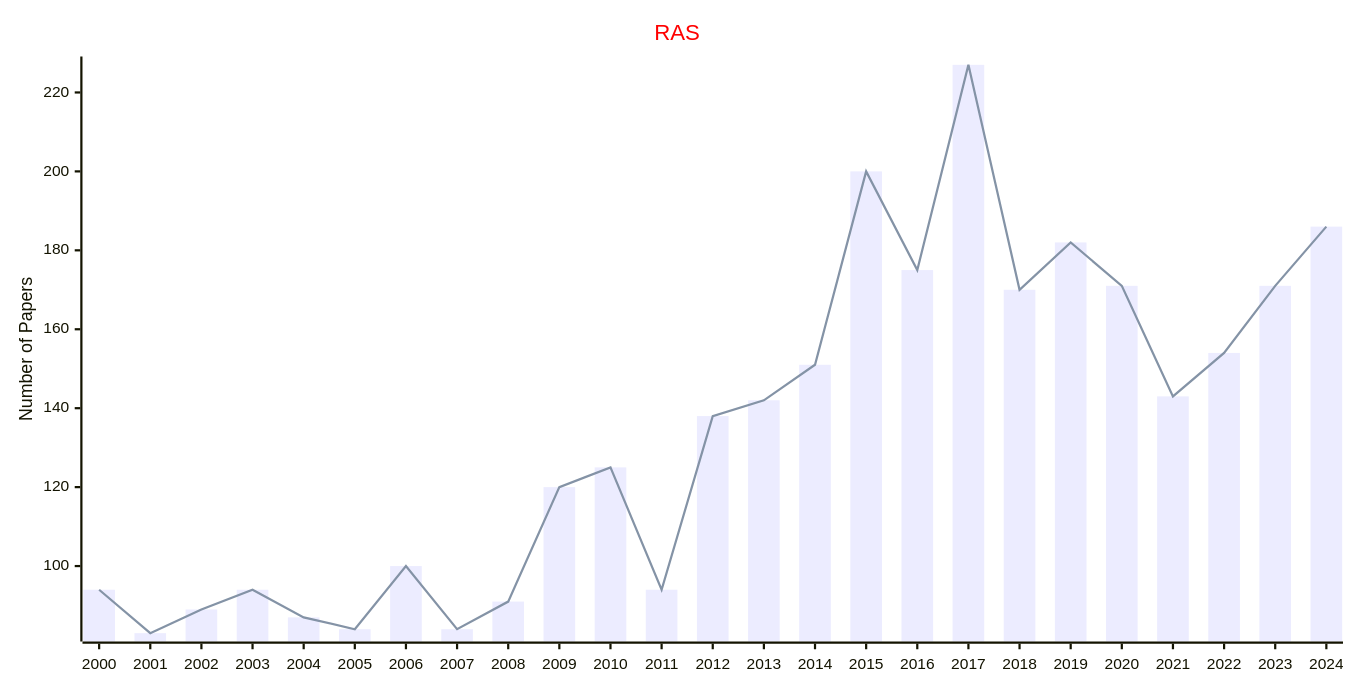
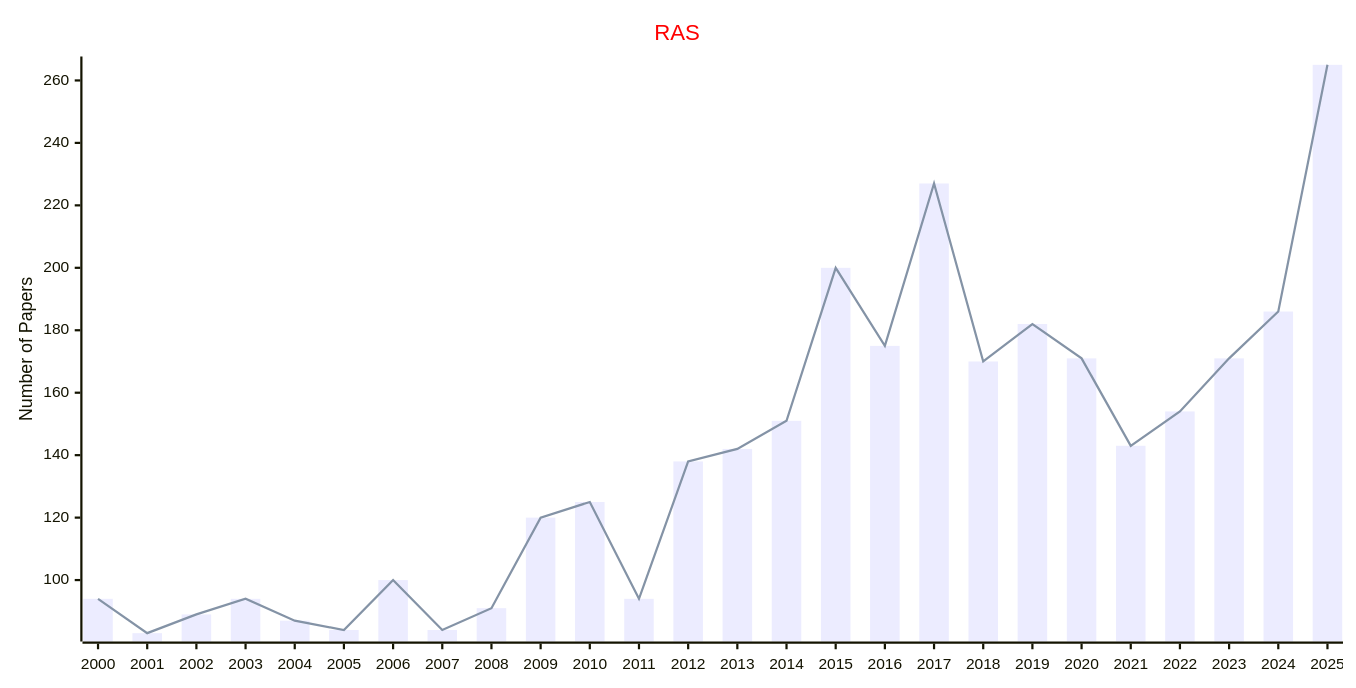
Before and after one commit to Easy-PhD/AILinks: the diagram in docs/data/Journals/Statistics_Journals/Robotics.md, drawn with Mermaid. The commit also changed 107 other files, not shown here.

````diff
--- a/docs/data/Journals/Statistics_Journals/Robotics.md
+++ b/docs/data/Journals/Statistics_Journals/Robotics.md
@@ -9,17 +9,17 @@
 ```mermaid
 ---
 config:
     xyChart:
         width: 1200
         height: 600
     themeVariables:
         xyChart:
             titleColor: "#ff0000"
 ---
 xychart-beta
     title "RAS"
-    x-axis [2000, 2001, 2002, 2003, 2004, 2005, 2006, 2007, 2008, 2009, 2010, 2011, 2012, 2013, 2014, 2015, 2016, 2017, 2018, 2019, 2020, 2021, 2022, 2023, 2024]
+    x-axis [2000, 2001, 2002, 2003, 2004, 2005, 2006, 2007, 2008, 2009, 2010, 2011, 2012, 2013, 2014, 2015, 2016, 2017, 2018, 2019, 2020, 2021, 2022, 2023, 2024, 2025]
     y-axis "Number of Papers"
-    bar [94, 83, 89, 94, 87, 84, 100, 84, 91, 120, 125, 94, 138, 142, 151, 200, 175, 227, 170, 182, 171, 143, 154, 171, 186]
-    line [94, 83, 89, 94, 87, 84, 100, 84, 91, 120, 125, 94, 138, 142, 151, 200, 175, 227, 170, 182, 171, 143, 154, 171, 186]
+    bar [94, 83, 89, 94, 87, 84, 100, 84, 91, 120, 125, 94, 138, 142, 151, 200, 175, 227, 170, 182, 171, 143, 154, 171, 186, 265]
+    line [94, 83, 89, 94, 87, 84, 100, 84, 91, 120, 125, 94, 138, 142, 151, 200, 175, 227, 170, 182, 171, 143, 154, 171, 186, 265]
 ```
````
